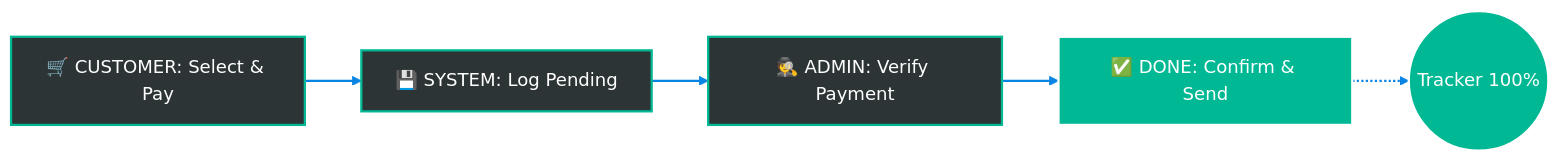
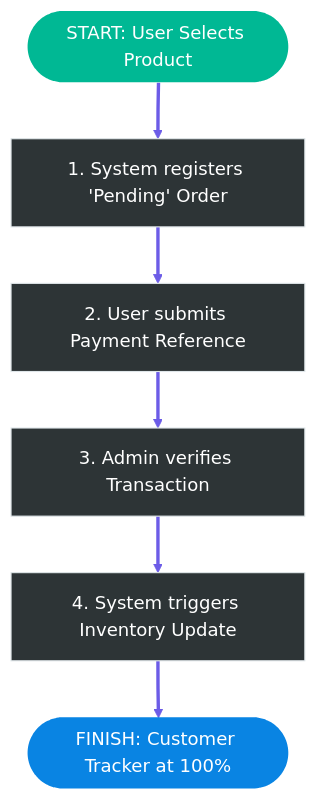
The second of 3 diagrams in DOCUMENTATION.md (Jaylo01/tech-noblade), drawn with Mermaid before and after one commit. The commit also changed other lines of this file, not shown here.

Commit message:
DOCS: Final aesthetic overhaul of system diagrams (Premium/Academic Grade)

````diff
--- a/DOCUMENTATION.md
+++ b/DOCUMENTATION.md
@@ -58,19 +58,26 @@
 ```mermaid
-graph LR
-    %% Classes
-    classDef step fill:#2d3436,stroke:#00b894,stroke-width:2px,color:#fff;
-    classDef highlight fill:#00b894,stroke:#fff,stroke-width:2px,color:#fff;
+graph TD
+    %% Layout
+    classDef startNode fill:#00b894,color:#fff,stroke-width:0px;
+    classDef midNode fill:#2d3436,color:#fff,stroke:#dfe6e9;
+    classDef endNode fill:#0984e3,color:#fff,stroke-width:0px;
 
-    A[🛒 CUSTOMER: Select & Pay]:::step
-    B[💾 SYSTEM: Log Pending]:::step
-    C[🕵️ ADMIN: Verify Payment]:::step
-    D[✅ DONE: Confirm & Send]:::highlight
+    S([START: User Selects Product]):::startNode
+    
+    Order[1. System registers 'Pending' Order]:::midNode
+    Pay[2. User submits Payment Reference]:::midNode
+    Verify[3. Admin verifies Transaction]:::midNode
+    Final[4. System triggers Inventory Update]:::midNode
 
-    A --> B
-    B --> C
-    C --> D
-    
-    D -.-> E((Tracker 100%)):::highlight
+    Finish([FINISH: Customer Tracker at 100%]):::endNode
 
-    linkStyle default stroke:#0984e3,stroke-width:2px;
+    %% Connections
+    S --> Order
+    Order --> Pay
+    Pay --> Verify
+    Verify --> Final
+    Final --> Finish
+
+    %% Timeline Accents
+    linkStyle default stroke:#6c5ce7,stroke-width:3px;
 ```
````
